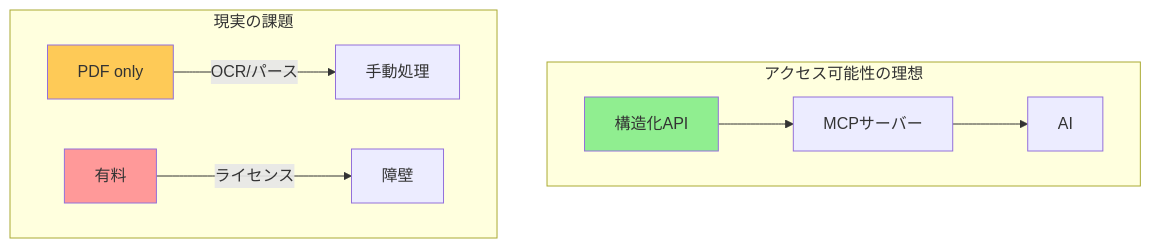
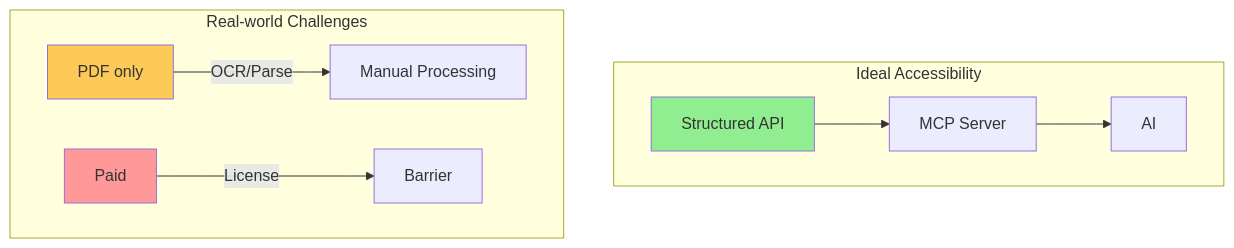
One commit to shuji-bonji/ai-agent-architecture changed the ninth of 15 diagrams in docs/concepts/02-reference-sources.md. Above: the diagram before and after it, drawn with Mermaid. The commit also changed other lines of this file and 42 other files, not shown here.

````diff
--- a/docs/concepts/02-reference-sources.md
+++ b/docs/concepts/02-reference-sources.md
@@ -314,15 +316,15 @@
 ```mermaid
 graph TB
-    subgraph アクセス可能性の理想
-        API[構造化API] --> MCP[MCPサーバー] --> AI[AI]
+    subgraph Ideal Accessibility
+        API[Structured API] --> MCP[MCP Server] --> AI[AI]
     end
 
-    subgraph 現実の課題
-        PDF[PDF only] --> |"OCR/パース"| MANUAL[手動処理]
-        PAID[有料] --> |"ライセンス"| BARRIER[障壁]
+    subgraph Real-world Challenges
+        PDF[PDF only] --> |"OCR/Parse"| MANUAL[Manual Processing]
+        PAID[Paid] --> |"License"| BARRIER[Barrier]
     end
 
     style API fill:#90EE90
     style PDF fill:#feca57
     style PAID fill:#ff9999
 ```
````
